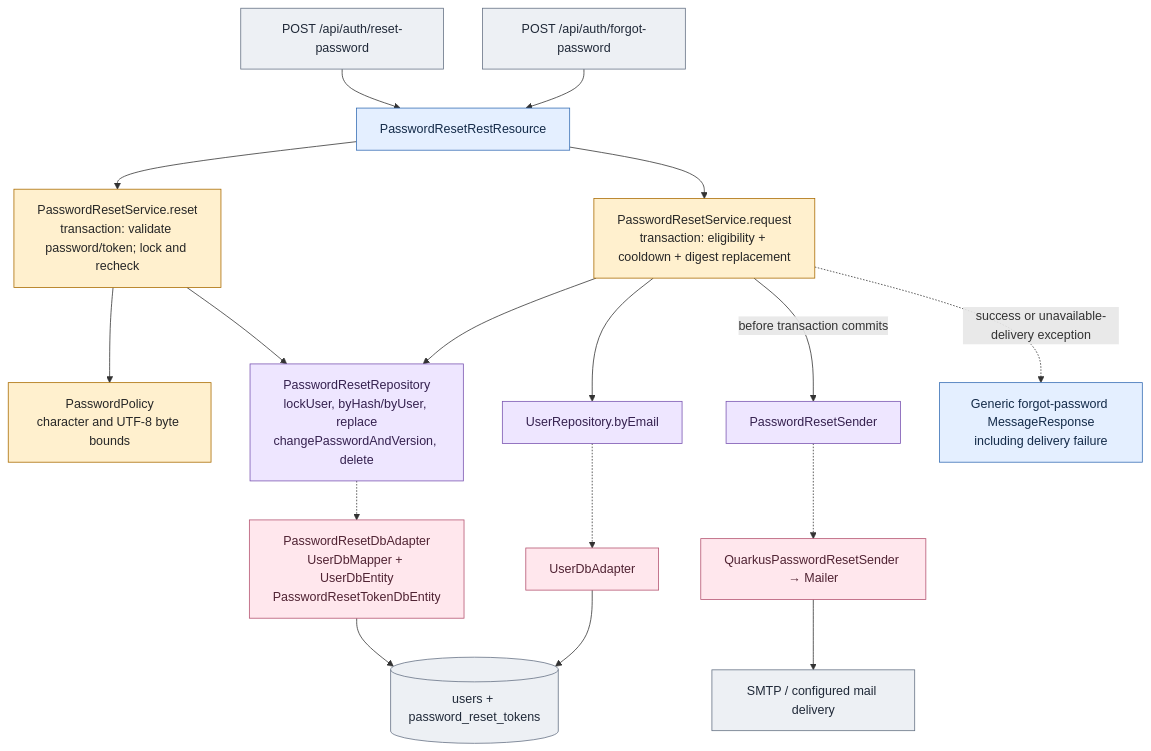
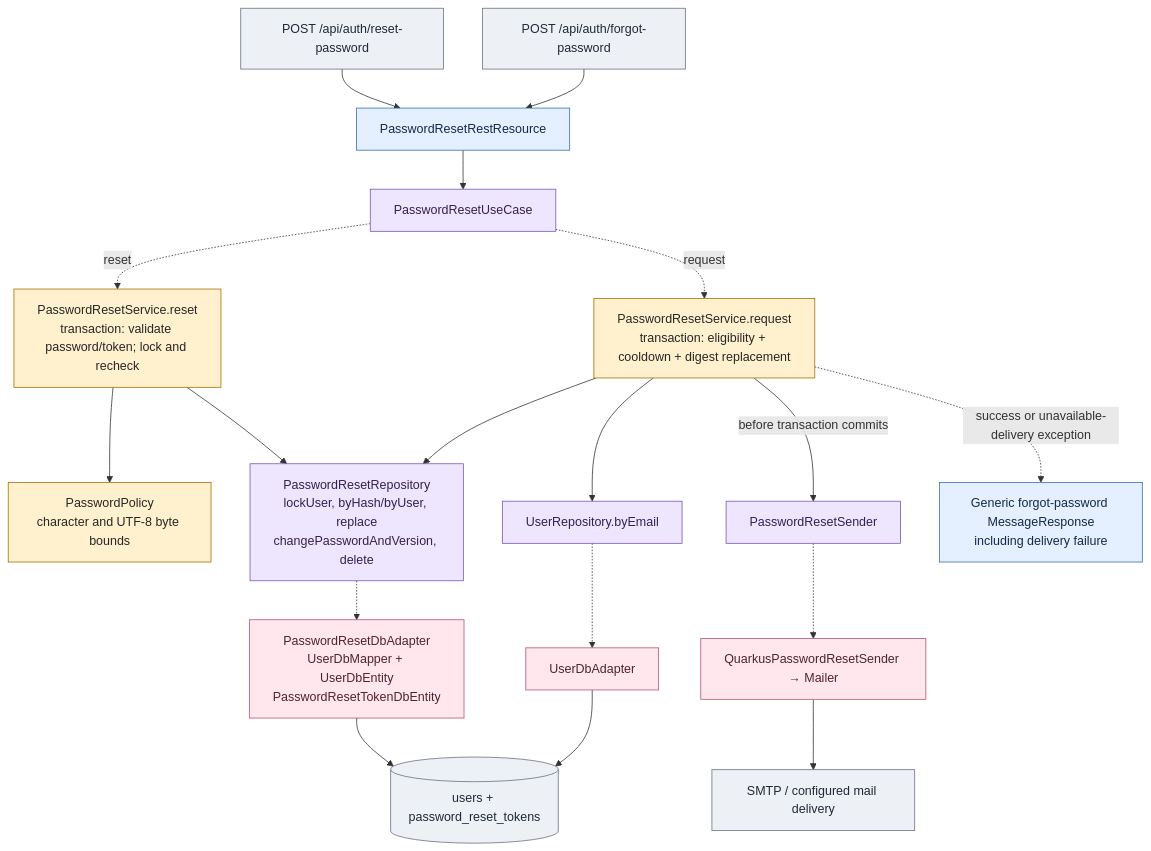
Before and after one commit to alexungu04genoff/RingLab: diagram 19 of 31 in docs/architecture-atlas.md, drawn with Mermaid. The commit also changed other lines of this file and 100 other files, not shown here.

````diff
--- a/docs/architecture-atlas.md
+++ b/docs/architecture-atlas.md
@@ -1115,35 +1147,36 @@
 ```mermaid
 flowchart TB
   forgot["POST /api/auth/forgot-password"]:::outside
   reset["POST /api/auth/reset-password"]:::outside
   rest["PasswordResetRestResource"]:::rest
   issue["PasswordResetService.request<br/>transaction: eligibility + cooldown + digest replacement"]:::app
   consume["PasswordResetService.reset<br/>transaction: validate password/token; lock and recheck"]:::app
   policy["PasswordPolicy<br/>character and UTF-8 byte bounds"]:::app
   users["UserRepository.byEmail"]:::port
   up["UserDbAdapter"]:::adapter
   repo["PasswordResetRepository<br/>lockUser, byHash/byUser, replace<br/>changePasswordAndVersion, delete"]:::port
   adapter["PasswordResetDbAdapter<br/>UserDbMapper + UserDbEntity<br/>PasswordResetTokenDbEntity"]:::adapter
   tables[("users + password_reset_tokens")]:::outside
   sender["PasswordResetSender"]:::port
   mail["QuarkusPasswordResetSender → Mailer"]:::adapter
   smtp["SMTP / configured mail delivery"]:::outside
   response["Generic forgot-password MessageResponse<br/>including delivery failure"]:::rest
-  forgot --> rest --> issue
+  forgot --> rest --> input["PasswordResetUseCase"]:::port
+  input -.->|"request"| issue
   reset --> rest
-  rest --> consume
+  input -.->|"reset"| consume
   issue --> users
   users -.-> up --> tables
   issue --> repo
   consume --> policy
   consume --> repo
   repo -.-> adapter --> tables
   issue -->|"before transaction commits"| sender
   sender -.-> mail --> smtp
   issue -.->|"success or unavailable-delivery exception"| response
   classDef rest fill:#e4efff,stroke:#356db4,color:#142b49
   classDef app fill:#fff0ce,stroke:#a96b00,color:#272727
   classDef port fill:#eee6ff,stroke:#7954b1,color:#35214f
   classDef adapter fill:#ffe7ed,stroke:#b45370,color:#502333
   classDef outside fill:#edf0f4,stroke:#657184,color:#202938
 ```
````
